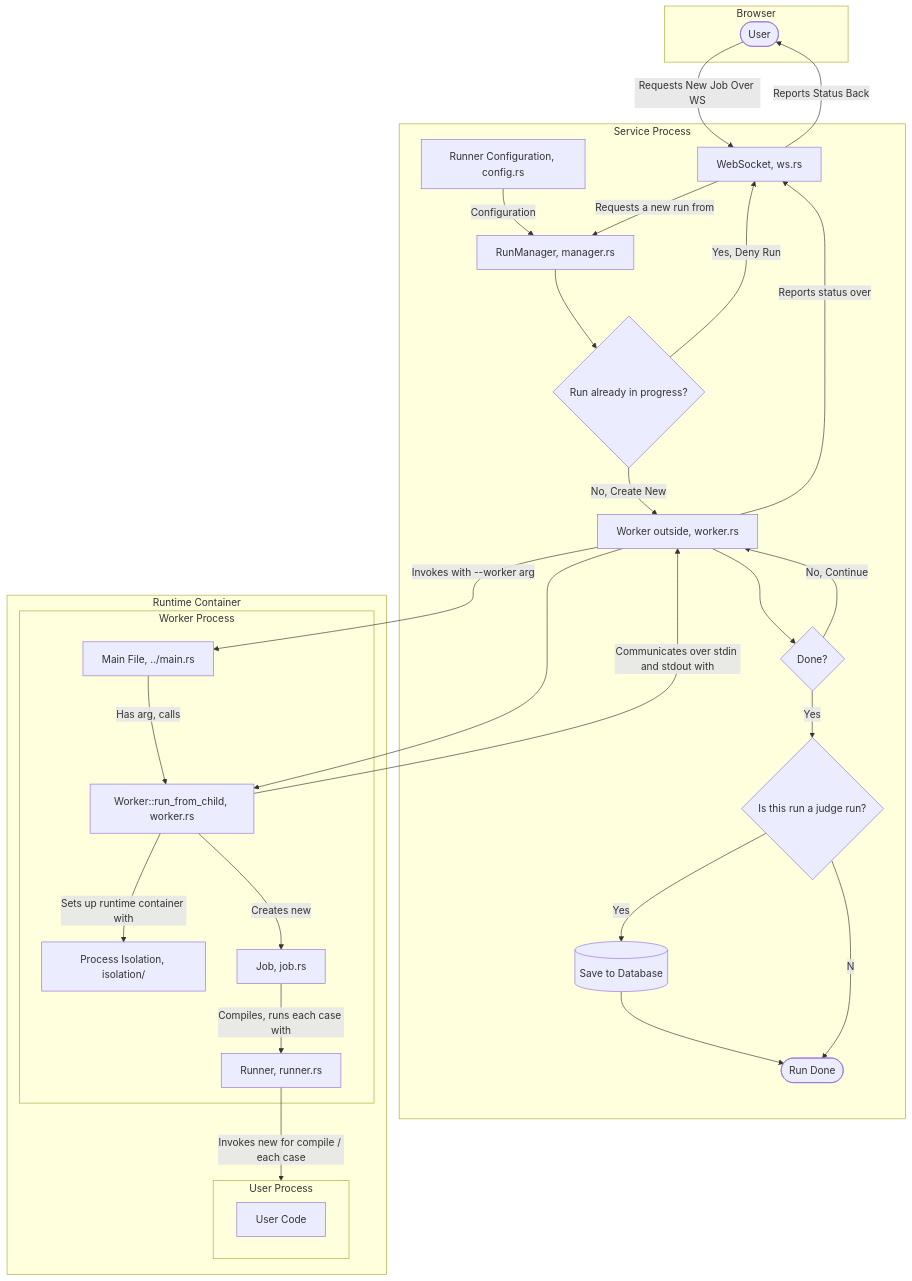
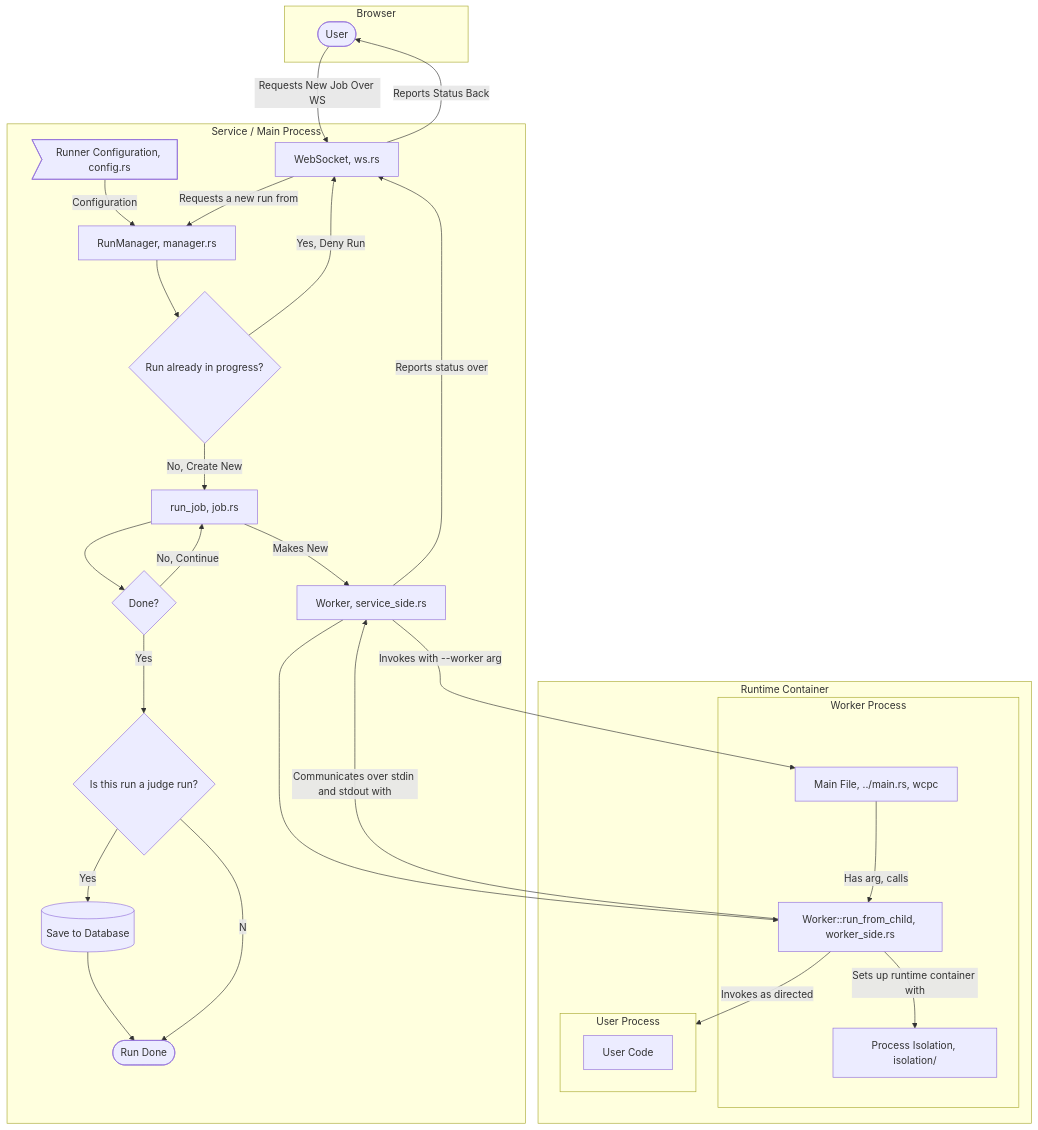
One commit to CSRAMS/WCPCI changed the diagram in src/run/RUNNER.md. Above: the diagram before and after it, drawn with Mermaid. The commit also changed other lines of this file and 22 other files, not shown here.

````diff
--- a/src/run/RUNNER.md
+++ b/src/run/RUNNER.md
@@ -14,55 +14,56 @@
 ```mermaid
-flowchart TD
+flowchart TB
+
     subgraph B [Browser]
     U([User])
     end
 
-    subgraph MP [Service Process]
+    subgraph RC [Runtime Container]
+        subgraph NP [Worker Process]
+        M[Main File, ../main.rs, wcpc]
+        W2[Worker::run_from_child, worker_side.rs]
+        LK[Process Isolation, isolation/]
+        M--Has arg, calls-->W2
+        W2--Sets up runtime container with-->LK
+        end
+
+        subgraph UP [User Process]
+            UC[User Code]
+        end
+
+        W2--Invokes as directed-->UP
+    end
+
+    subgraph MP [Service / Main Process]
     WS[WebSocket, ws.rs]
-    L[Runner Configuration, config.rs]
+    W2--Communicates over stdin and stdout with-->W1
+    W1-->W2
+    L>Runner Configuration, config.rs]
     RM[RunManager, manager.rs]
     RMC1{Run already in progress?}
-    W1[Worker outside, worker.rs]
+    W1[Worker, service_side.rs]
     WS--Reports Status Back-->U
     L--Configuration-->RM
     U--Requests New Job Over WS-->WS
     WS--Requests a new run from-->RM
     RM-->RMC1
     RMC1--Yes, Deny Run-->WS
-    RMC1--No, Create New-->W1
+    J[run_job, job.rs]
+    RMC1--No, Create New-->J
+    J--Makes New-->W1
     W1--Reports status over-->WS
-    W1-->W1C1{Done?}
+    J-->W1C1{Done?} 
     W1C1--Yes-->W1C2
-    W1C1--No, Continue-->W1
+    W1C1--No, Continue-->J
     W1C2{Is this run a judge run?}
     DBS[(Save to Database)]
     EXIT([Run Done])
     W1C2--Yes-->DBS
     DBS-->EXIT
     W1C2--No-->EXIT
     end
 
-    subgraph RC [Runtime Container]
-        subgraph NP [Worker Process]
-        M[Main File, ../main.rs]
-        W2[Worker::run_from_child, worker.rs]
-        LK[Process Isolation, isolation/]
-        J[Job, job.rs]
-        R[Runner, runner.rs]
-        M--Has arg, calls-->W2
-        W2--Communicates over stdin and stdout with-->W1
-        W1-->W2
-        W2--Sets up runtime container with-->LK
-        W2--Creates new-->J
-        J--Compiles, runs each case with-->R
-        end
-
-        subgraph UP [User Process]
-            UC[User Code]
-        end
-
-        R--Invokes new for compile / each case-->UP
-    end
+    
 
     W1--"Invokes with --worker arg"-->M
 ```
````
